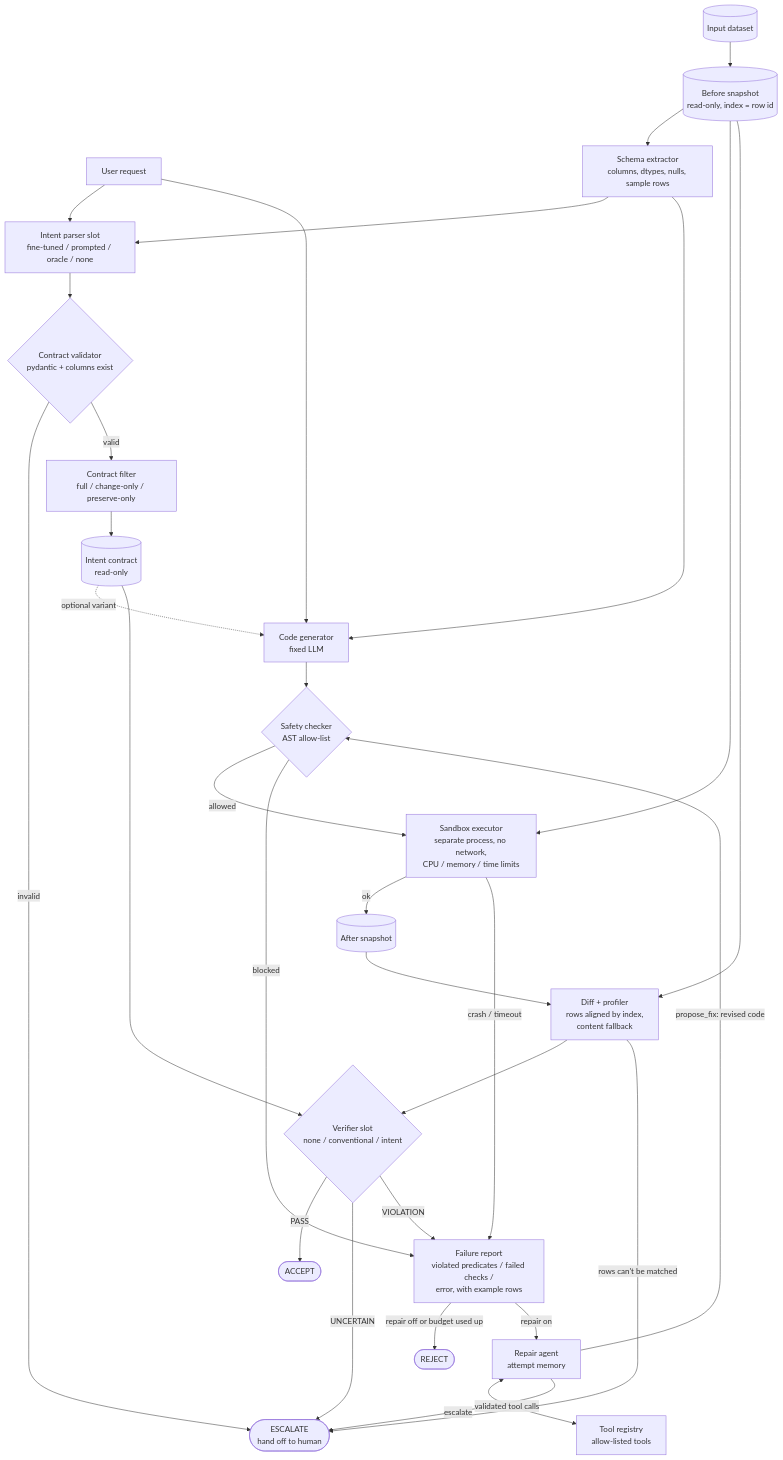
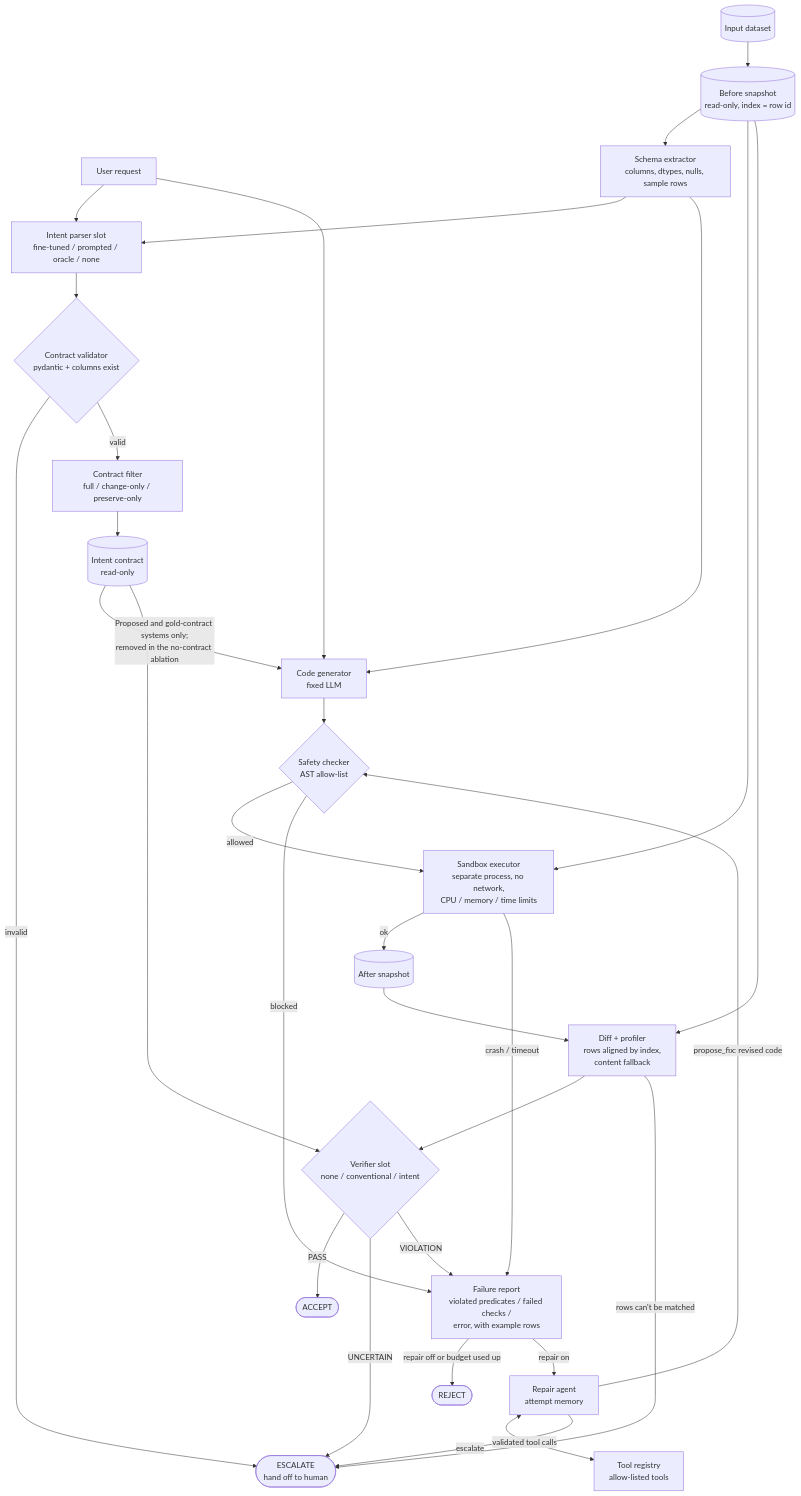
Before and after one commit to srinivas0307/lma-group-project: the first of 4 diagrams in README.md, drawn with Mermaid. The commit also changed other lines of this file and 79 other files, not shown here.

````diff
--- a/README.md
+++ b/README.md
@@ -179,42 +180,42 @@
 ```mermaid
 flowchart TD
     U[User request]
     D[(Input dataset)]
 
     D --> BEF[(Before snapshot<br/>read-only, index = row id)]
     BEF --> SCH[Schema extractor<br/>columns, dtypes, nulls, sample rows]
 
     U --> P[Intent parser slot<br/>fine-tuned / prompted / oracle / none]
     SCH --> P
     P --> CV{Contract validator<br/>pydantic + columns exist}
     CV -->|invalid| ESC
     CV -->|valid| CF[Contract filter<br/>full / change-only / preserve-only]
     CF --> C[(Intent contract<br/>read-only)]
 
     U --> G[Code generator<br/>fixed LLM]
     SCH --> G
-    C -. optional variant .-> G
+    C -->|Proposed and gold-contract systems only;<br/>removed in the no-contract ablation| G
 
     G --> SC{Safety checker<br/>AST allow-list}
     SC -->|allowed| SB[Sandbox executor<br/>separate process, no network,<br/>CPU / memory / time limits]
     BEF --> SB
     SB -->|ok| AFT[(After snapshot)]
 
     BEF --> DF[Diff + profiler<br/>rows aligned by index,<br/>content fallback]
     AFT --> DF
     DF --> V{Verifier slot<br/>none / conventional / intent}
     C --> V
 
     SC -->|blocked| FR
     SB -->|crash / timeout| FR
     DF -->|rows can't be matched| ESC
     V -->|PASS| ACC([ACCEPT])
     V -->|UNCERTAIN| ESC([ESCALATE<br/>hand off to human])
     V -->|VIOLATION| FR[Failure report<br/>violated predicates / failed checks /<br/>error, with example rows]
 
     FR -->|repair off or budget used up| REJ([REJECT])
     FR -->|repair on| RA[Repair agent<br/>attempt memory]
     RA <-->|validated tool calls| TR[Tool registry<br/>allow-listed tools]
     RA -->|propose_fix: revised code| SC
     RA -->|escalate| ESC
 ```
````
